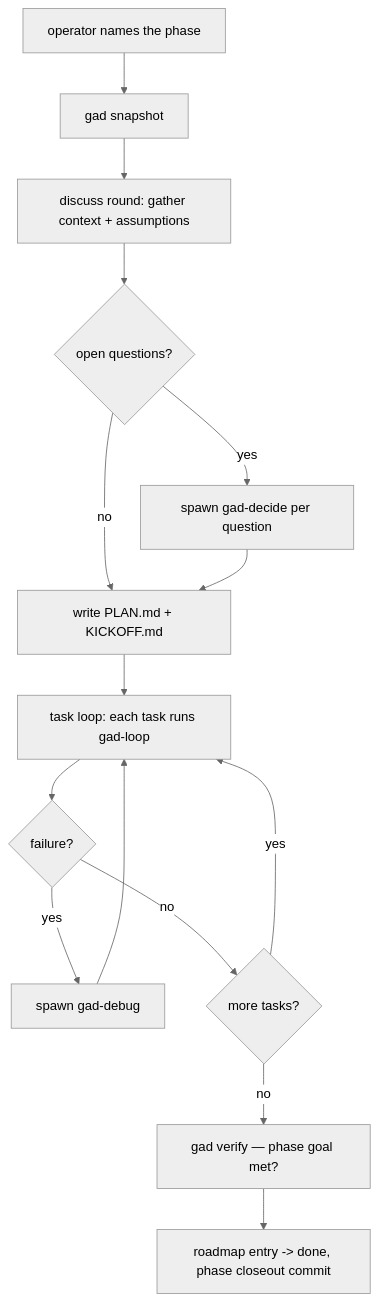
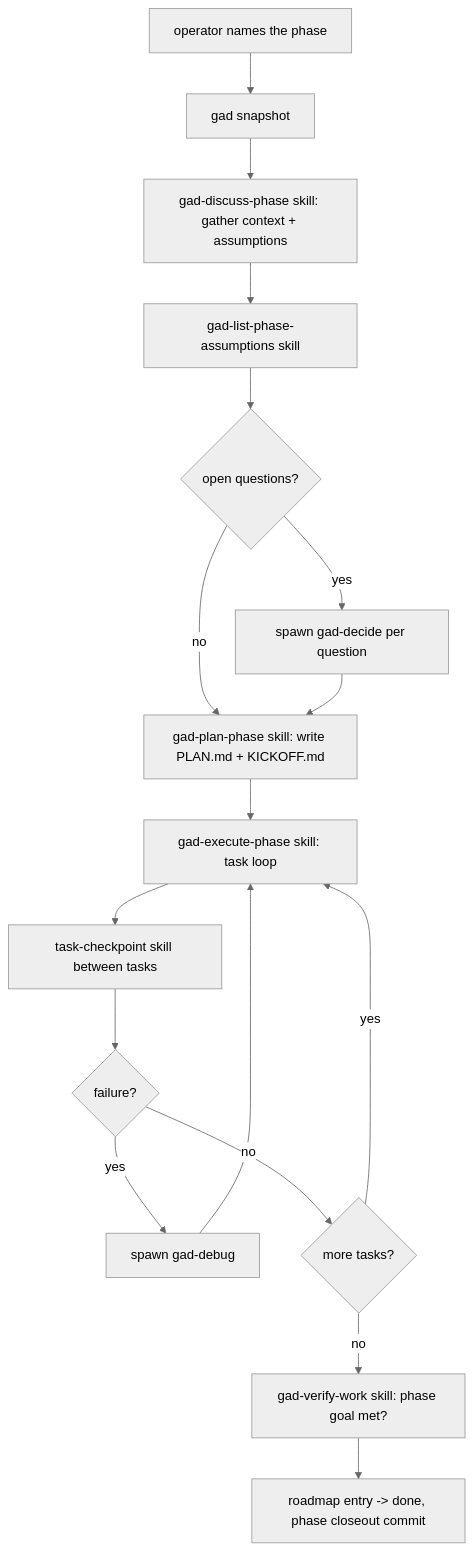
Before and after one commit to MagicbornStudios/get-anything-done: the diagram in .planning/workflows/gad-discuss-plan-execute.md, drawn with Mermaid (neutral theme). The commit also changed other lines of this file and 13 other files, not shown here.

````diff
--- a/.planning/workflows/gad-discuss-plan-execute.md
+++ b/.planning/workflows/gad-discuss-plan-execute.md
@@ -26,17 +26,19 @@
 ```mermaid
 flowchart TD
   A[operator names the phase] --> B[gad snapshot]
-  B --> C[discuss round: gather context + assumptions]
-  C --> D{open questions?}
-  D -->|yes| E[spawn gad-decide per question]
-  D -->|no| F[write PLAN.md + KICKOFF.md]
-  E --> F
-  F --> G[task loop: each task runs gad-loop]
-  G --> H{failure?}
-  H -->|yes| I[spawn gad-debug]
-  H -->|no| J{more tasks?}
-  I --> G
-  J -->|yes| G
-  J -->|no| K[gad verify — phase goal met?]
-  K --> L[roadmap entry -> done, phase closeout commit]
+  B --> C[gad-discuss-phase skill: gather context + assumptions]
+  C --> D[gad-list-phase-assumptions skill]
+  D --> E{open questions?}
+  E -->|yes| F[spawn gad-decide per question]
+  E -->|no| G[gad-plan-phase skill: write PLAN.md + KICKOFF.md]
+  F --> G
+  G --> H[gad-execute-phase skill: task loop]
+  H --> I[task-checkpoint skill between tasks]
+  I --> J{failure?}
+  J -->|yes| K[spawn gad-debug]
+  J -->|no| L{more tasks?}
+  K --> H
+  L -->|yes| H
+  L -->|no| M[gad-verify-work skill: phase goal met?]
+  M --> N[roadmap entry -> done, phase closeout commit]
 ```
````
